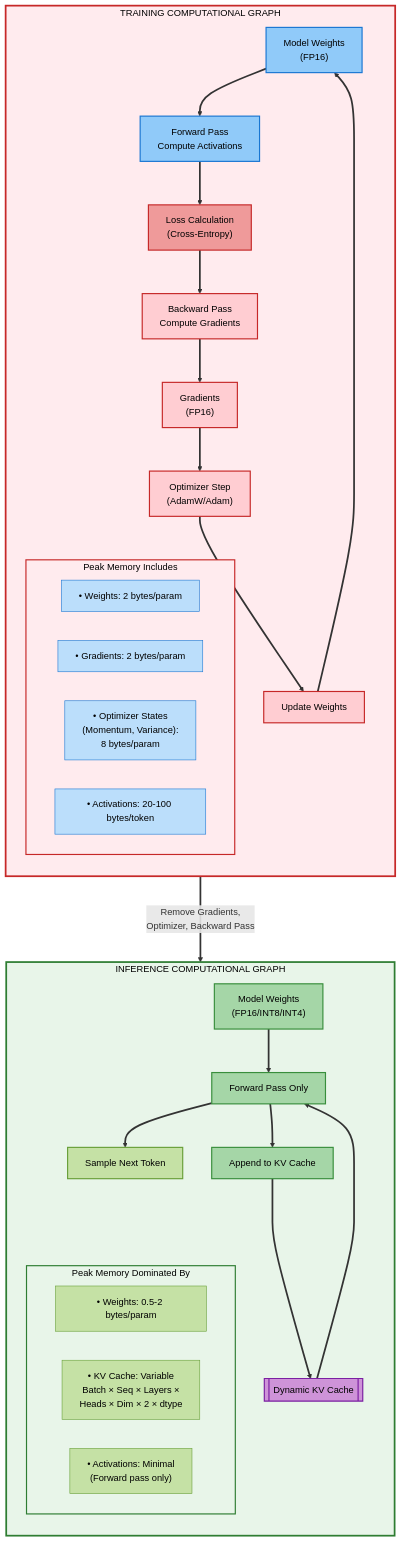
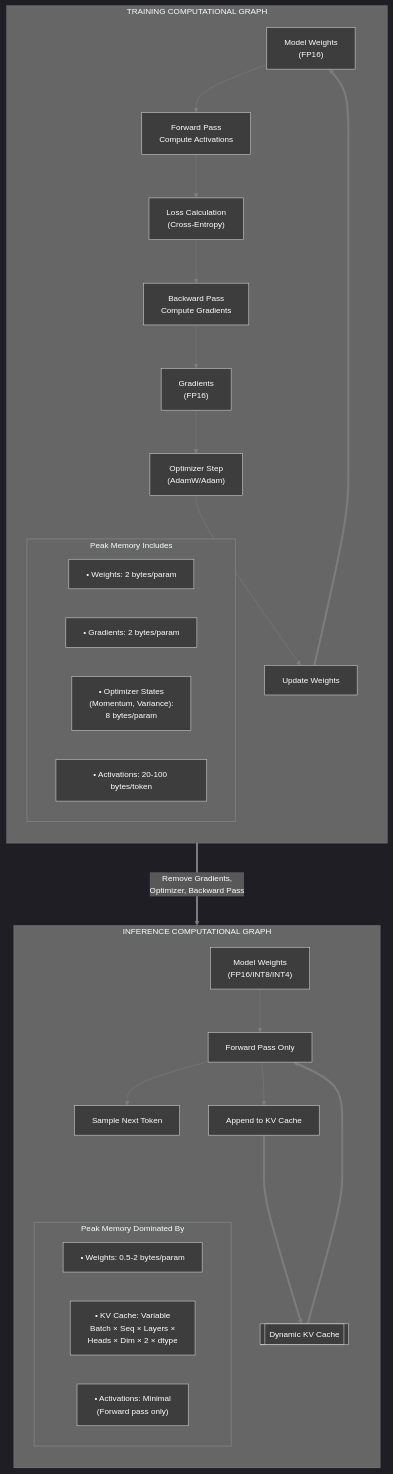
The third of 14 diagrams in lab0.1/README.md (Shahriarin2garden/vllm_from_scratch), drawn with Mermaid before and after one commit. The commit also changed other lines of this file and 2 other files, not shown here.

````diff
--- a/lab0.1/README.md
+++ b/lab0.1/README.md
@@ -270,64 +1046,38 @@
 ```mermaid
+%%{init: {'theme':'dark', 'themeVariables': { 'primaryColor':'#3d3d3d','primaryTextColor':'#fff','primaryBorderColor':'#7c7c7c','lineColor':'#7c7c7c','secondaryColor':'#4a4a4a','tertiaryColor':'#3d3d3d','background':'#2d2d2d','mainBkg':'#3d3d3d','secondBkg':'#4a4a4a','textColor':'#fff','fontSize':'14px'}}}%%
 flowchart TD
     subgraph Training_Graph [" TRAINING COMPUTATIONAL GRAPH "]
         direction TB
         TG_Weights["Model Weights<br/>(FP16)"] --> TG_FP["Forward Pass<br/>Compute Activations"];
         TG_FP --> TG_Loss["Loss Calculation<br/>(Cross-Entropy)"];
         TG_Loss --> TG_BP["Backward Pass<br/>Compute Gradients"];
         TG_BP --> TG_Grad["Gradients<br/>(FP16)"];
         TG_Grad --> TG_Opt["Optimizer Step<br/>(AdamW/Adam)"];
         TG_Opt --> TG_Update["Update Weights"];
         TG_Update ===> TG_Weights;
 
         subgraph TG_Mem [" Peak Memory Includes "]
             M1["• Weights: 2 bytes/param"]
             M2["• Gradients: 2 bytes/param"]
             M3["• Optimizer States<br/>  (Momentum, Variance):<br/>  8 bytes/param"]
             M4["• Activations: 20-100 bytes/token"]
         end
     end
 
     subgraph Inference_Graph [" INFERENCE COMPUTATIONAL GRAPH "]
         direction TB
         IG_Weights["Model Weights<br/>(FP16/INT8/INT4)"] --> IG_FP["Forward Pass Only"];
         IG_KV[["Dynamic KV Cache"]] ==> IG_FP;
         IG_FP --> IG_Sample["Sample Next Token"];
         IG_FP --> IG_UpdateKV["Append to KV Cache"];
         IG_UpdateKV ===> IG_KV;
 
         subgraph IG_Mem [" Peak Memory Dominated By "]
             M5["• Weights: 0.5-2 bytes/param"]
             M6["• KV Cache: Variable<br/>  Batch × Seq × Layers ×<br/>  Heads × Dim × 2 × dtype"]
             M7["• Activations: Minimal<br/>  (Forward pass only)"]
         end
     end
 
     Training_Graph ===>|"Remove Gradients,<br/>Optimizer, Backward Pass"| Inference_Graph;
-
-    linkStyle default stroke:#333,stroke-width:3px
-
-    style Training_Graph fill:#ffebee,stroke:#c62828,stroke-width:3px,color:#000
-    style Inference_Graph fill:#e8f5e9,stroke:#2e7d32,stroke-width:3px,color:#000
-    style TG_Weights fill:#90caf9,stroke:#1976d2,stroke-width:2px,color:#000
-    style TG_FP fill:#90caf9,stroke:#1976d2,stroke-width:2px,color:#000
-    style TG_Loss fill:#ef9a9a,stroke:#c62828,stroke-width:2px,color:#000
-    style TG_BP fill:#ffcdd2,stroke:#c62828,stroke-width:2px,color:#000
-    style TG_Grad fill:#ffcdd2,stroke:#c62828,stroke-width:2px,color:#000
-    style TG_Opt fill:#ffcdd2,stroke:#c62828,stroke-width:2px,color:#000
-    style TG_Update fill:#ffcdd2,stroke:#c62828,stroke-width:2px,color:#000
-    style TG_Mem fill:#ffebee,stroke:#c62828,stroke-width:2px,color:#000
-    style IG_Weights fill:#a5d6a7,stroke:#388e3c,stroke-width:2px,color:#000
-    style IG_FP fill:#a5d6a7,stroke:#388e3c,stroke-width:2px,color:#000
-    style IG_KV fill:#ce93d8,stroke:#7b1fa2,stroke-width:2px,color:#000
-    style IG_Sample fill:#c5e1a5,stroke:#689f38,stroke-width:2px,color:#000
-    style IG_UpdateKV fill:#a5d6a7,stroke:#388e3c,stroke-width:2px,color:#000
-    style IG_Mem fill:#e8f5e9,stroke:#2e7d32,stroke-width:2px,color:#000
-    style M1 fill:#bbdefb,stroke:#1976d2,stroke-width:1px,color:#000
-    style M2 fill:#bbdefb,stroke:#1976d2,stroke-width:1px,color:#000
-    style M3 fill:#bbdefb,stroke:#1976d2,stroke-width:1px,color:#000
-    style M4 fill:#bbdefb,stroke:#1976d2,stroke-width:1px,color:#000
-    style M5 fill:#c5e1a5,stroke:#689f38,stroke-width:1px,color:#000
-    style M6 fill:#c5e1a5,stroke:#689f38,stroke-width:1px,color:#000
-    style M7 fill:#c5e1a5,stroke:#689f38,stroke-width:1px,color:#000
-
 ```
````
